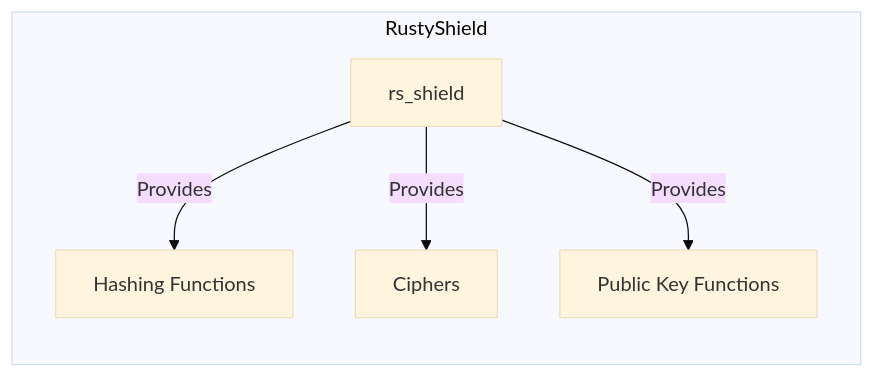
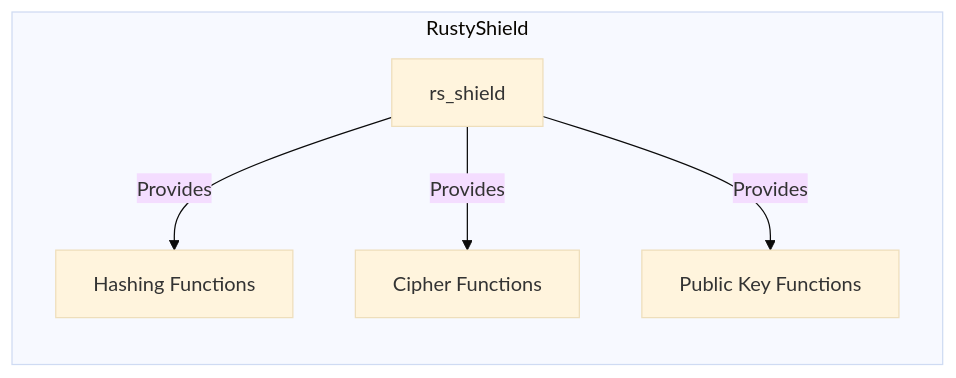
Before and after one commit to Azgrom/RustyShield: the diagram in README.md, drawn with Mermaid (base theme). The commit also changed other lines of this file and 1 other file, not shown here.

````diff
--- a/README.md
+++ b/README.md
@@ -60,14 +71,14 @@
 ```mermaid
 graph LR
 
     subgraph RustyShield["RustyShield"]
         rs_shield["rs_shield"]
         HashingFunctions["Hashing Functions"]
-        Ciphers["Ciphers"]
+        Ciphers["Cipher Functions"]
         PublicKey["Public Key Functions"]
     end
 
     rs_shield -->|Provides| HashingFunctions
     rs_shield -->|Provides| Ciphers
     rs_shield -->|Provides| PublicKey
 ```
````
